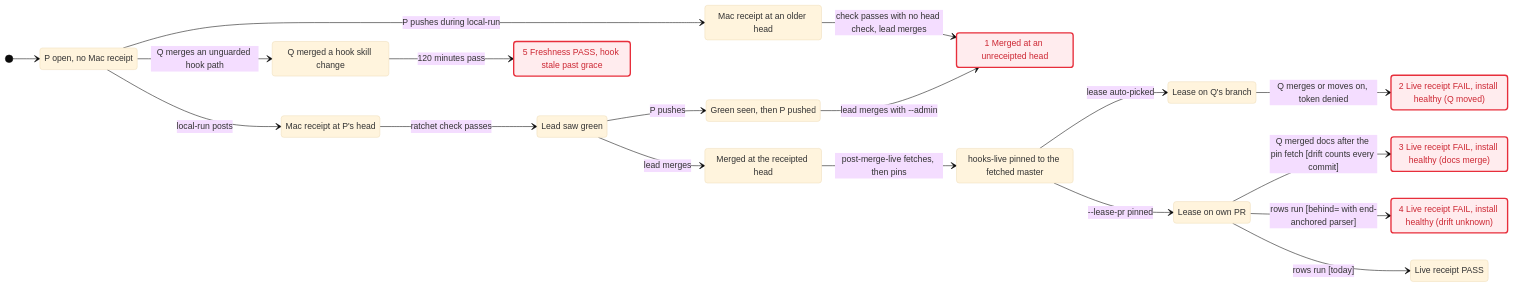
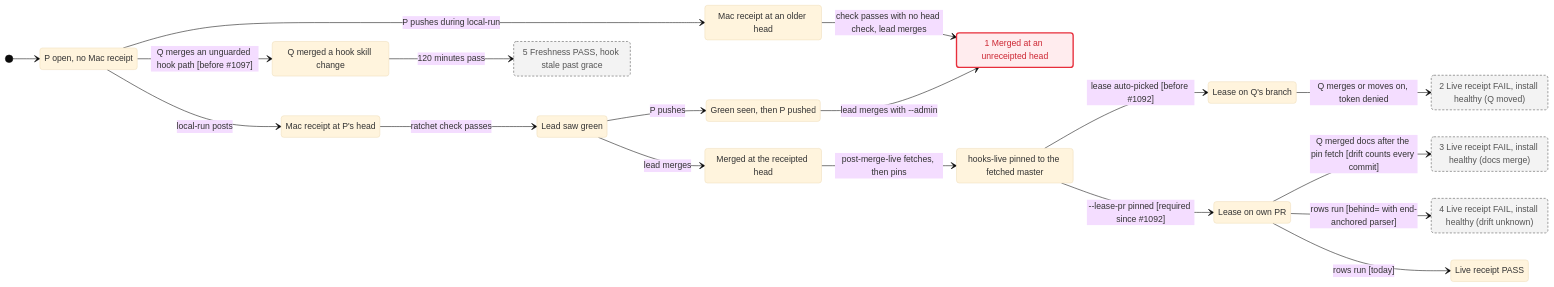
One commit to EtanHey/golems changed the diagram in docs/tla/merge-receipts/statechart.md. Above: the diagram before and after it, drawn with Mermaid (base theme). The commit also changed other lines of this file and 4 other files, not shown here.

````diff
--- a/docs/tla/merge-receipts/statechart.md
+++ b/docs/tla/merge-receipts/statechart.md
@@ -8,39 +9,41 @@
 ```mermaid
 stateDiagram-v2
   direction LR
   Open: P open, no Mac receipt
   Receipted: Mac receipt at P's head
   Older: Mac receipt at an older head
   Green: Lead saw green
   Moved: Green seen, then P pushed
   Bad1: 1 Merged at an unreceipted head
   Merged: Merged at the receipted head
   Updated: hooks-live pinned to the fetched master
   LeaseQ: Lease on Q's branch
   LeaseOwn: Lease on own PR
   Bad2: 2 Live receipt FAIL, install healthy (Q moved)
   Bad3: 3 Live receipt FAIL, install healthy (docs merge)
   Bad4: 4 Live receipt FAIL, install healthy (drift unknown)
   Pass: Live receipt PASS
   QHook: Q merged a hook skill change
   Bad5: 5 Freshness PASS, hook stale past grace
   [*] --> Open
   Open --> Receipted: local-run posts
   Open --> Older: P pushes during local-run
   Receipted --> Green: ratchet check passes
   Older --> Bad1: check passes with no head check, lead merges
   Green --> Moved: P pushes
   Moved --> Bad1: lead merges with --admin
   Green --> Merged: lead merges
   Merged --> Updated: post-merge-live fetches, then pins
-  Updated --> LeaseQ: lease auto-picked
-  Updated --> LeaseOwn: --lease-pr pinned
+  Updated --> LeaseQ: lease auto-picked [before #1092]
+  Updated --> LeaseOwn: --lease-pr pinned [required since #1092]
   LeaseQ --> Bad2: Q merges or moves on, token denied
   LeaseOwn --> Bad3: Q merged docs after the pin fetch [drift counts every commit]
   LeaseOwn --> Bad4: rows run [behind= with end-anchored parser]
   LeaseOwn --> Pass: rows run [today]
-  Open --> QHook: Q merges an unguarded hook path
+  Open --> QHook: Q merges an unguarded hook path [before #1097]
   QHook --> Bad5: 120 minutes pass
   classDef bug fill:#ffecee,stroke:#e72e3b,stroke-width:2.5px,color:#cd2834
-  class Bad1,Bad2,Bad3,Bad4,Bad5 bug
+  classDef fixed fill:#f3f3f3,stroke:#8a8a8a,stroke-width:1.5px,stroke-dasharray:4 3,color:#555555
+  class Bad1 bug
+  class Bad2,Bad3,Bad4,Bad5 fixed
 ```
````
